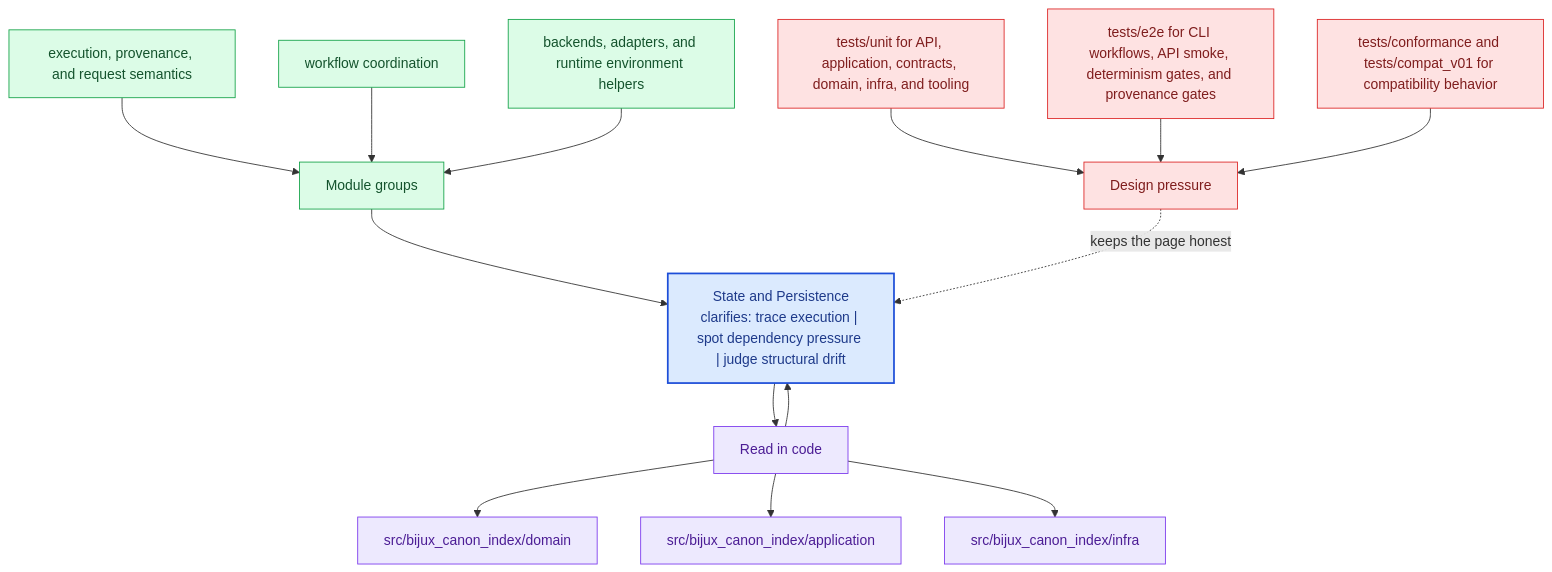
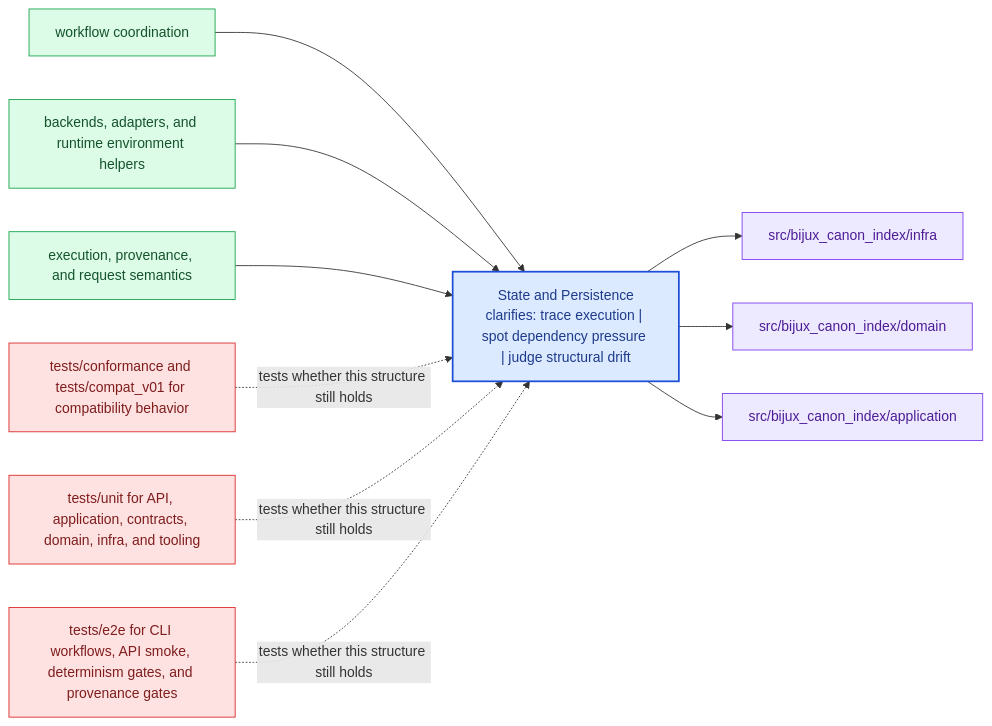
One commit to bijux/bijux-canon changed the diagram in docs/bijux-canon-index/architecture/state-and-persistence.md. Above: the diagram before and after it, drawn with Mermaid. The commit also changed other lines of this file and 281 other files, not shown here.

Commit message:
docs(diagrams): replace repeated mermaid scaffolds with page-specific summaries

````diff
--- a/docs/bijux-canon-index/architecture/state-and-persistence.md
+++ b/docs/bijux-canon-index/architecture/state-and-persistence.md
@@ -68,40 +23,31 @@
 ```mermaid
-flowchart TB
-    promise["State and Persistence<br/>clarifies: trace execution | spot dependency pressure | judge structural drift"]
-    classDef promise fill:#dbeafe,stroke:#1d4ed8,color:#1e3a8a,stroke-width:2px;
-    classDef driver fill:#dcfce7,stroke:#16a34a,color:#14532d;
-    classDef constraint fill:#fee2e2,stroke:#dc2626,color:#7f1d1d;
-    classDef ground fill:#ede9fe,stroke:#7c3aed,color:#4c1d95;
-    focus1["Module groups"]
-    focus1 --> promise
-    focus1_1["execution, provenance, and request semantics"]
-    focus1_1 --> focus1
-    focus1_2["workflow coordination"]
-    focus1_2 --> focus1
-    focus1_3["backends, adapters, and runtime environment helpers"]
-    focus1_3 --> focus1
-    class focus1 driver;
-    class focus1_1,focus1_2,focus1_3 driver;
-    focus2["Read in code"]
-    focus2 --> promise
-    promise --> focus2
-    focus2_1["src/bijux_canon_index/domain"]
-    focus2 --> focus2_1
-    focus2_2["src/bijux_canon_index/application"]
-    focus2 --> focus2_2
-    focus2_3["src/bijux_canon_index/infra"]
-    focus2 --> focus2_3
-    class focus2 ground;
-    class focus2_1,focus2_2,focus2_3 ground;
-    focus3["Design pressure"]
-    focus3 -.keeps the page honest.-> promise
-    focus3_1["tests/unit for API, application, contracts, domain, infra, and tooling"]
-    focus3_1 --> focus3
-    focus3_2["tests/e2e for CLI workflows, API smoke, determinism gates, and provenance gates"]
-    focus3_2 --> focus3
-    focus3_3["tests/conformance and tests/compat_v01 for compatibility behavior"]
-    focus3_3 --> focus3
-    class focus3 constraint;
-    class focus3_1,focus3_2,focus3_3 constraint;
-    class promise promise;
+flowchart LR
+    page["State and Persistence<br/>clarifies: trace execution | spot dependency pressure | judge structural drift"]
+    classDef page fill:#dbeafe,stroke:#1d4ed8,color:#1e3a8a,stroke-width:2px;
+    classDef positive fill:#dcfce7,stroke:#16a34a,color:#14532d;
+    classDef caution fill:#fee2e2,stroke:#dc2626,color:#7f1d1d;
+    classDef anchor fill:#ede9fe,stroke:#7c3aed,color:#4c1d95;
+    classDef action fill:#fef3c7,stroke:#d97706,color:#7c2d12;
+    module1["workflow coordination"]
+    module1 --> page
+    module2["backends, adapters, and runtime environment helpers"]
+    module2 --> page
+    module3["execution, provenance, and request semantics"]
+    module3 --> page
+    code1["src/bijux_canon_index/infra"]
+    page --> code1
+    code2["src/bijux_canon_index/domain"]
+    page --> code2
+    code3["src/bijux_canon_index/application"]
+    page --> code3
+    pressure1["tests/conformance and tests/compat_v01 for compatibility behavior"]
+    pressure1 -.tests whether this structure still holds.-> page
+    pressure2["tests/unit for API, application, contracts, domain, infra, and tooling"]
+    pressure2 -.tests whether this structure still holds.-> page
+    pressure3["tests/e2e for CLI workflows, API smoke, determinism gates, and provenance gates"]
+    pressure3 -.tests whether this structure still holds.-> page
+    class page page;
+    class module1,module2,module3 positive;
+    class code1,code2,code3 anchor;
+    class pressure1,pressure2,pressure3 caution;
 ```
````
